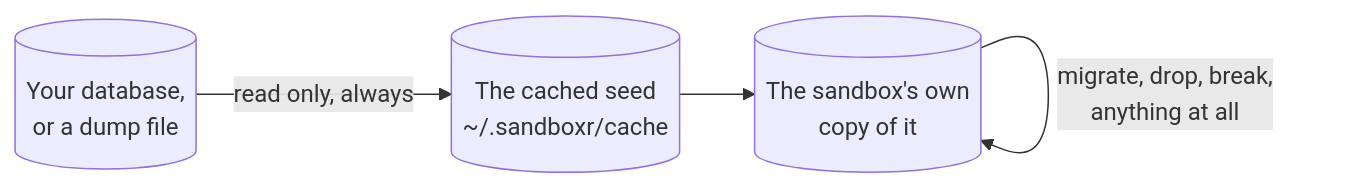
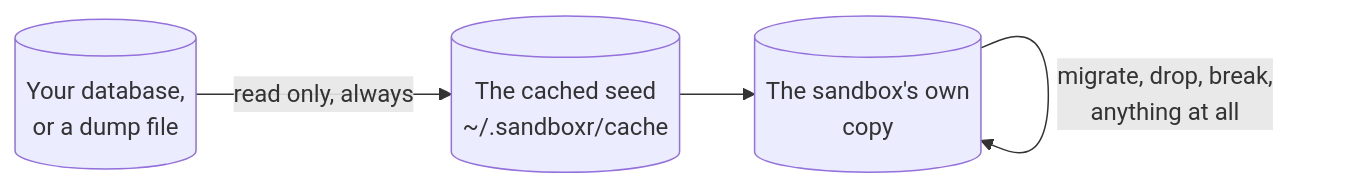
Before and after one commit to mattmoran56/sandboxer-core: the diagram in docs/guides/testing-a-migration.md, drawn with Mermaid. The commit also changed other lines of this file and 23 other files, not shown here.

````diff
--- a/docs/guides/testing-a-migration.md
+++ b/docs/guides/testing-a-migration.md
@@ -124,9 +11,9 @@
 ```mermaid
 flowchart LR
   src[("Your database,<br/>or a dump file")]
   cache[("The cached seed<br/>~/.sandboxr/cache")]
-  sbx[("The sandbox's own<br/>copy of it")]
+  sbx[("The sandbox's own<br/>copy")]
   src -->|"read only, always"| cache
   cache --> sbx
   sbx -->|"migrate, drop, break,<br/>anything at all"| sbx
 ```
````
